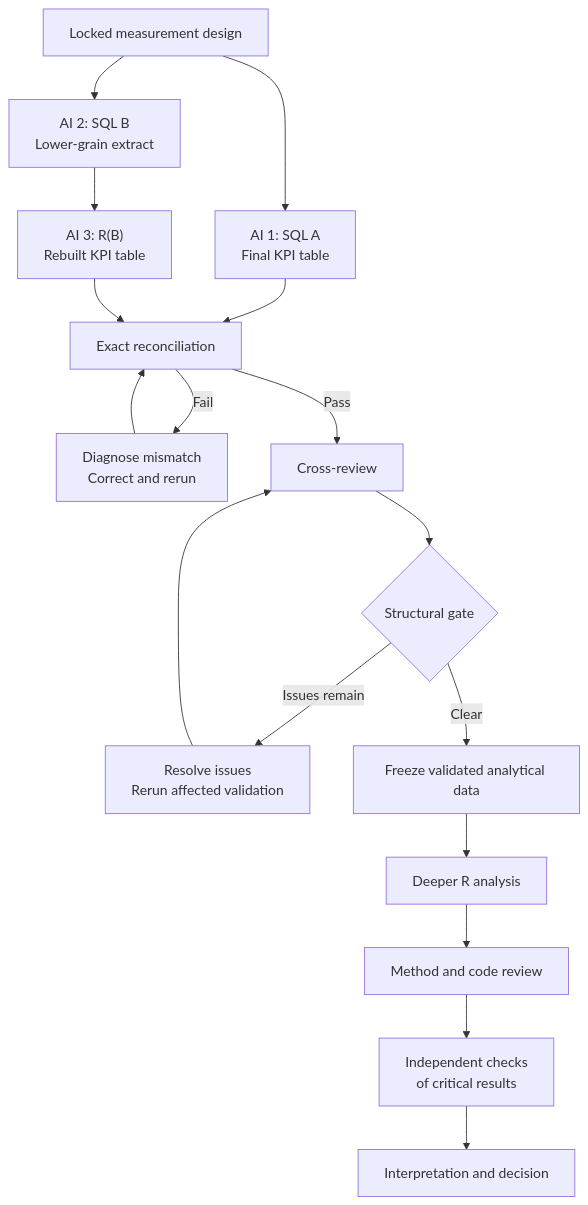
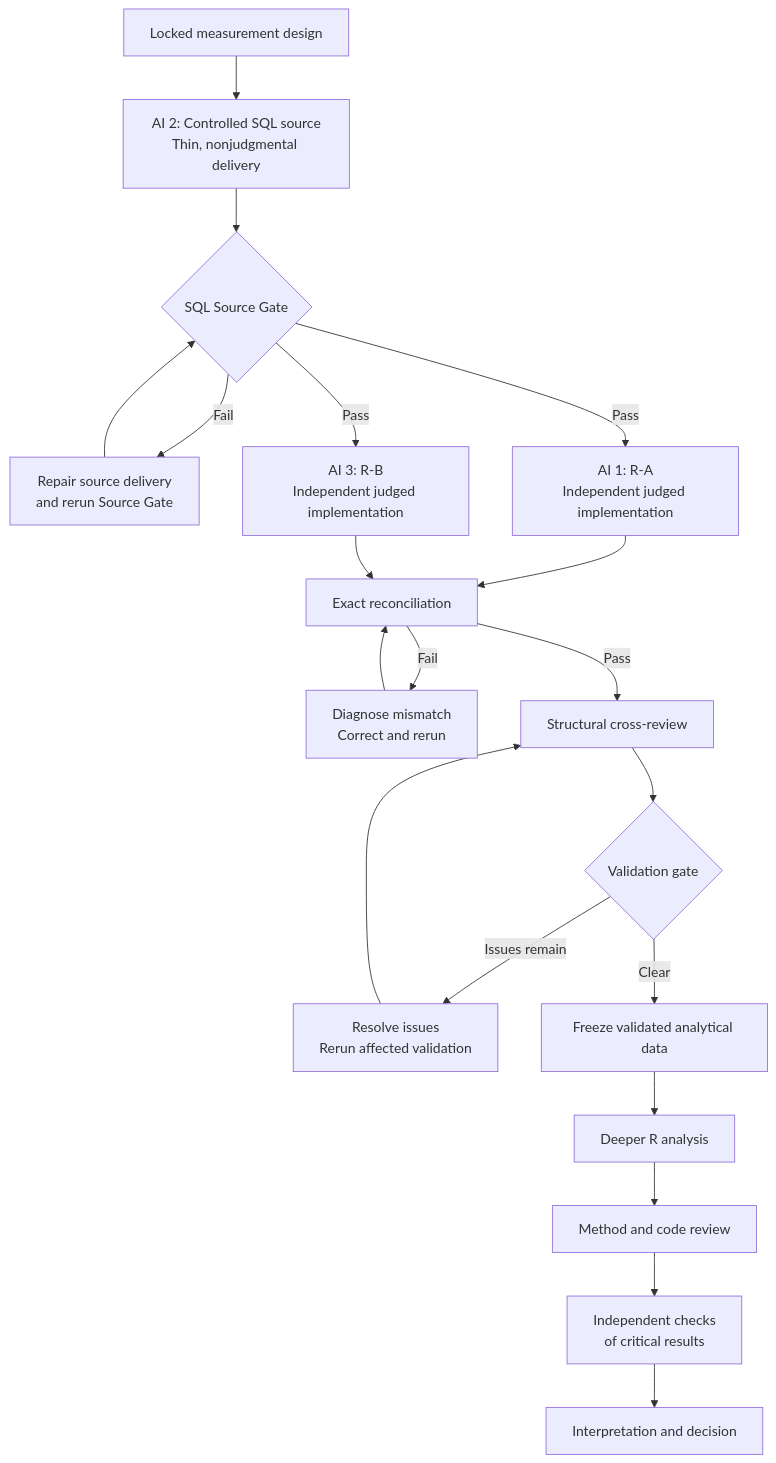
Before and after one commit to markjamesc/ai-augmented-analyst-workflow: the first of 2 diagrams in docs/three-ai-validation-and-analysis-framework.md, drawn with Mermaid. The commit also changed other lines of this file, not shown here.

Commit message:
Refactor Stage 4 to controlled SQL source and dual independent R validation

````diff
--- a/docs/three-ai-validation-and-analysis-framework.md
+++ b/docs/three-ai-validation-and-analysis-framework.md
@@ -16,24 +21,29 @@
 ```mermaid
 flowchart TD
-    D["Locked measurement design"] --> A["AI 1: SQL A<br/>Final KPI table"]
-    D --> B["AI 2: SQL B<br/>Lower-grain extract"]
-    B --> C["AI 3: R(B)<br/>Rebuilt KPI table"]
+    D["Locked measurement design"] --> S["AI 2: Controlled SQL source<br/>Thin, nonjudgmental delivery"]
+    S --> SG{"SQL Source Gate"}
+
+    SG -->|Fail| SF["Repair source delivery<br/>and rerun Source Gate"]
+    SF --> SG
+
+    SG -->|Pass| A["AI 1: R-A<br/>Independent judged implementation"]
+    SG -->|Pass| B["AI 3: R-B<br/>Independent judged implementation"]
 
     A --> R["Exact reconciliation"]
-    C --> R
+    B --> R
 
     R -->|Fail| F["Diagnose mismatch<br/>Correct and rerun"]
     F --> R
 
-    R -->|Pass| X["Cross-review"]
-    X --> G{"Structural gate"}
+    R -->|Pass| X["Structural cross-review"]
+    X --> G{"Validation gate"}
 
     G -->|Issues remain| F2["Resolve issues<br/>Rerun affected validation"]
     F2 --> X
 
     G -->|Clear| V["Freeze validated analytical data"]
     V --> DA["Deeper R analysis"]
     DA --> DR["Method and code review"]
     DR --> IC["Independent checks<br/>of critical results"]
     IC --> ID["Interpretation and decision"]
 ```
````
